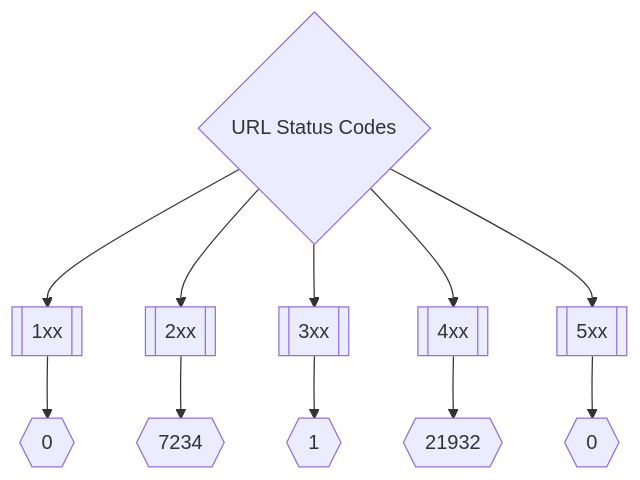
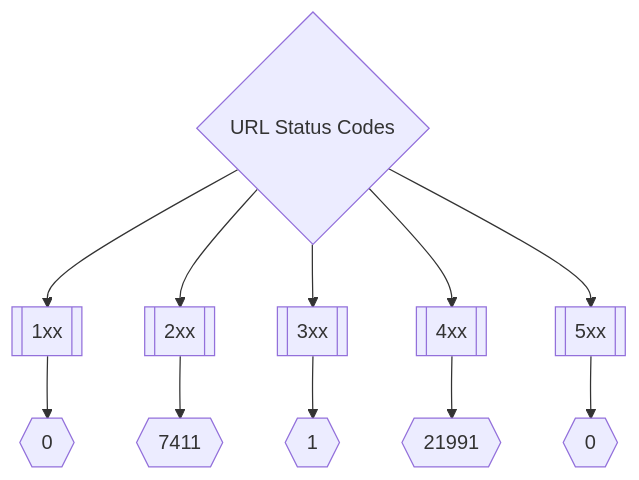
The second of 3 diagrams in README.md (trickest/inventory), drawn with Mermaid before and after one commit. The commit also changed other lines of this file and 93 other files, not shown here.

````diff
--- a/README.md
+++ b/README.md
@@ -173,8 +173,8 @@
 ```mermaid
 graph TD
 title{URL Status Codes} --> 1xx[[1xx]] --> status1xxNum{{0}}
-title --> 2xx[[2xx]] --> status2xxNum{{7234}}
+title --> 2xx[[2xx]] --> status2xxNum{{7411}}
 title --> 3xx[[3xx]] --> status3xxNum{{1}}
-title --> 4xx[[4xx]] --> status4xxNum{{21932}}
+title --> 4xx[[4xx]] --> status4xxNum{{21991}}
 title --> 5xx[[5xx]] --> status5xxNum{{0}}
 ```
````
